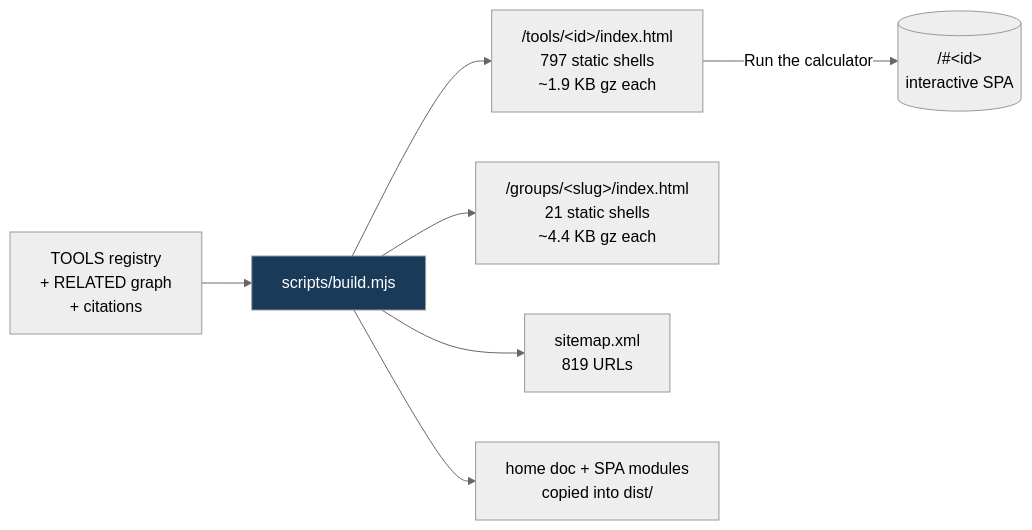
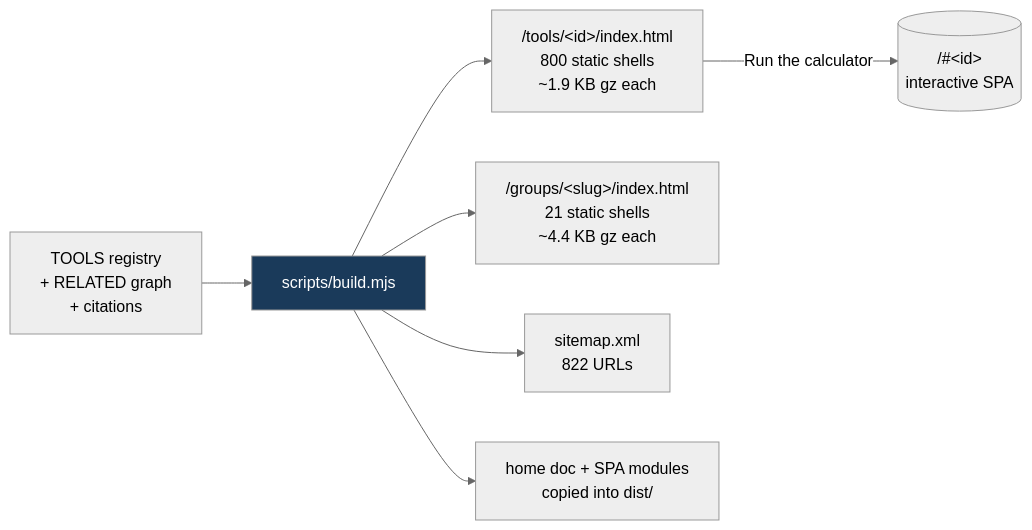
One commit to clay-good/roughlogic.com changed the fifth of 8 diagrams in README.md. Above: the diagram before and after it, drawn with Mermaid (neutral theme). The commit also changed other lines of this file and 19 other files, not shown here.

````diff
--- a/README.md
+++ b/README.md
@@ -495,10 +495,10 @@
 ```mermaid
 flowchart LR
     SRC[TOOLS registry\n+ RELATED graph\n+ citations] --> BUILD[scripts/build.mjs]
-    BUILD --> TILE["/tools/&lt;id&gt;/index.html\n797 static shells\n~1.9 KB gz each"]
+    BUILD --> TILE["/tools/&lt;id&gt;/index.html\n800 static shells\n~1.9 KB gz each"]
     BUILD --> GROUP["/groups/&lt;slug&gt;/index.html\n21 static shells\n~4.4 KB gz each"]
-    BUILD --> MAP["sitemap.xml\n819 URLs"]
+    BUILD --> MAP["sitemap.xml\n822 URLs"]
     BUILD --> COPY[home doc + SPA modules\ncopied into dist/]
     TILE -->|Run the calculator| SPA[("/#&lt;id&gt;\ninteractive SPA")]
     style BUILD fill:#1a3a5a,color:#fff
 ```
````
